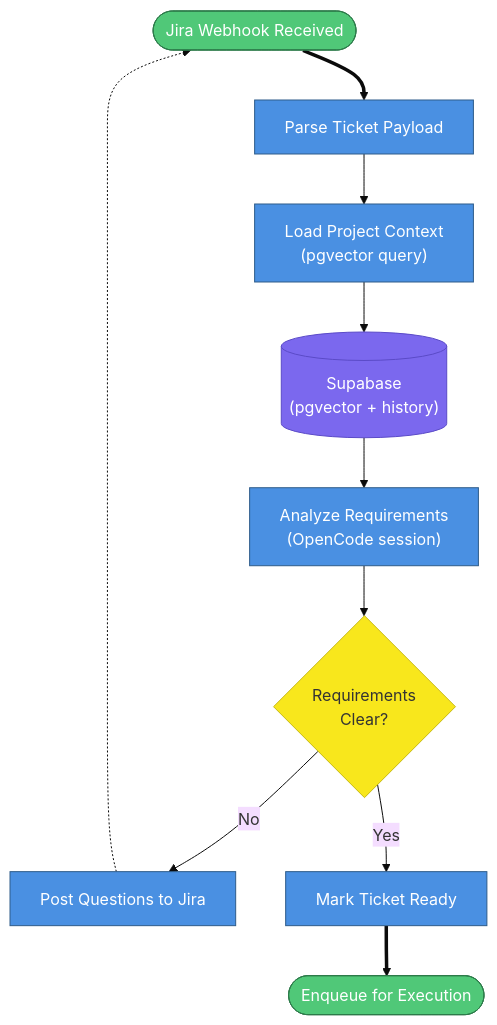
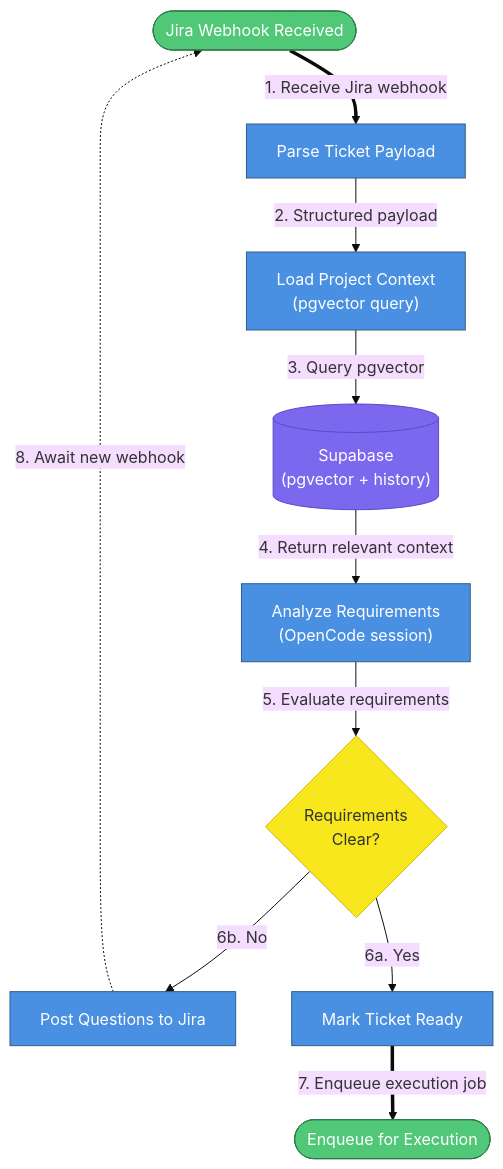
One commit to viiqswim/dozaldevs-ai-employee changed the sixth of 15 diagrams in docs/2026-03-22-2317-ai-employee-architecture.md. Above: the diagram before and after it, drawn with Mermaid (base theme). The commit also changed other lines of this file, not shown here.

Commit message:
docs: add numbered arrows and flow walkthroughs to all diagrams

````diff
--- a/docs/2026-03-22-2317-ai-employee-architecture.md
+++ b/docs/2026-03-22-2317-ai-employee-architecture.md
@@ -584,27 +661,27 @@
 ```mermaid
 flowchart TD
     WEBHOOK(["Jira Webhook Received"]):::event
     PARSE["Parse Ticket Payload"]:::service
     ENRICH["Load Project Context\n(pgvector query)"]:::service
     SUPABASE[("Supabase\n(pgvector + history)")]:::storage
     ANALYZE["Analyze Requirements\n(OpenCode session)"]:::service
     CLEAR{"Requirements\nClear?"}:::decision
     QUESTIONS["Post Questions to Jira"]:::service
     READY["Mark Ticket Ready"]:::service
     QUEUE_EXEC(["Enqueue for Execution"]):::event
 
-    WEBHOOK ==> PARSE
-    PARSE --> ENRICH
-    ENRICH --> SUPABASE
-    SUPABASE --> ANALYZE
-    ANALYZE --> CLEAR
-    CLEAR -- No --> QUESTIONS
-    QUESTIONS -.-> WEBHOOK
-    CLEAR -- Yes --> READY
-    READY ==> QUEUE_EXEC
+    WEBHOOK ==>|"1. Receive Jira webhook"| PARSE
+    PARSE -->|"2. Structured payload"| ENRICH
+    ENRICH -->|"3. Query pgvector"| SUPABASE
+    SUPABASE -->|"4. Return relevant context"| ANALYZE
+    ANALYZE -->|"5. Evaluate requirements"| CLEAR
+    CLEAR -->|"6b. No"| QUESTIONS
+    QUESTIONS -.->|"8. Await new webhook"| WEBHOOK
+    CLEAR -->|"6a. Yes"| READY
+    READY ==>|"7. Enqueue execution job"| QUEUE_EXEC
 
     classDef service fill:#4A90E2,stroke:#2E5C8A,color:#fff
     classDef storage fill:#7B68EE,stroke:#5B4BC7,color:#fff
     classDef event fill:#50C878,stroke:#2D7A4A,color:#fff
     classDef decision fill:#F8E71C,stroke:#C7B916,color:#333
 ```
````
